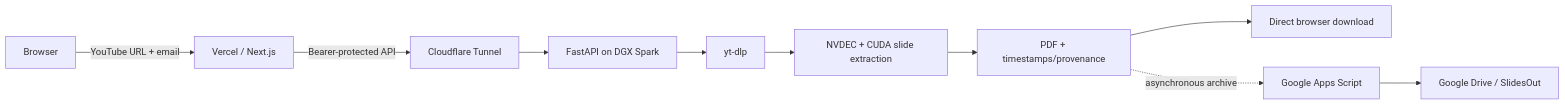
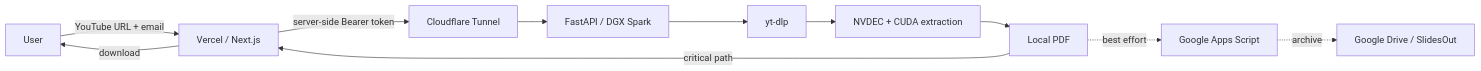
Before and after one commit to LuisAlbertoMunozUbando/Vision-From-Youtube: the first of 2 diagrams in README.md, drawn with Mermaid. The commit also changed other lines of this file, not shown here.

````diff
--- a/README.md
+++ b/README.md
@@ -9,12 +37,13 @@
 ```mermaid
 flowchart LR
-    U[Browser] -->|YouTube URL + email| V[Vercel / Next.js]
-    V -->|Bearer-protected API| C[Cloudflare Tunnel]
-    C --> S[FastAPI on DGX Spark]
+    U[User] -->|YouTube URL + email| V[Vercel / Next.js]
+    V -->|server-side Bearer token| C[Cloudflare Tunnel]
+    C --> S[FastAPI / DGX Spark]
     S --> Y[yt-dlp]
-    Y --> G[NVDEC + CUDA slide extraction]
-    G --> P[PDF + timestamps/provenance]
-    P --> D[Direct browser download]
-    P -. asynchronous archive .-> A[Google Apps Script]
-    A --> R[Google Drive / SlidesOut]
+    Y --> G[NVDEC + CUDA extraction]
+    G --> P[Local PDF]
+    P -->|critical path| V
+    V -->|download| U
+    P -. best effort .-> A[Google Apps Script]
+    A -. archive .-> D[Google Drive / SlidesOut]
 ```
````
